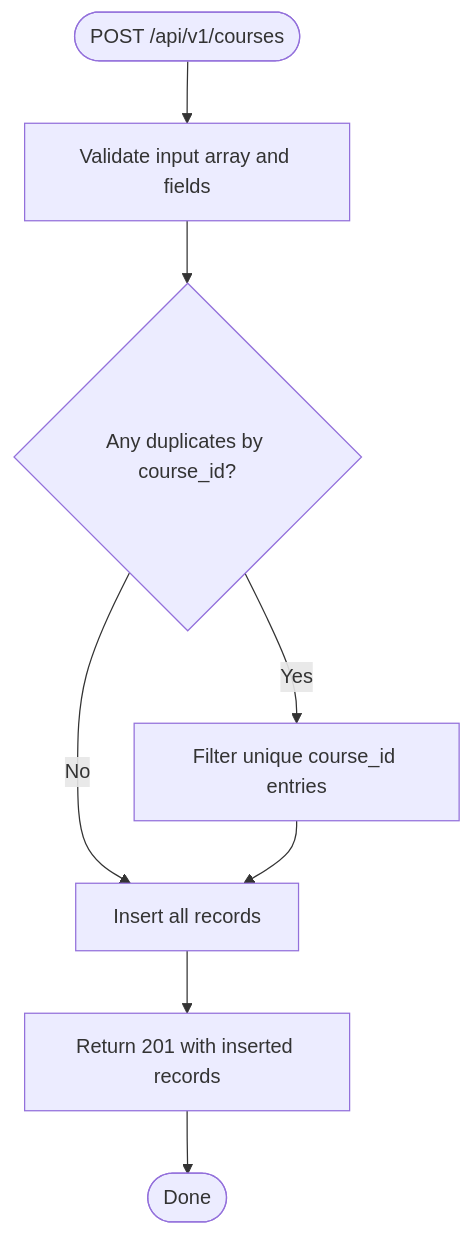
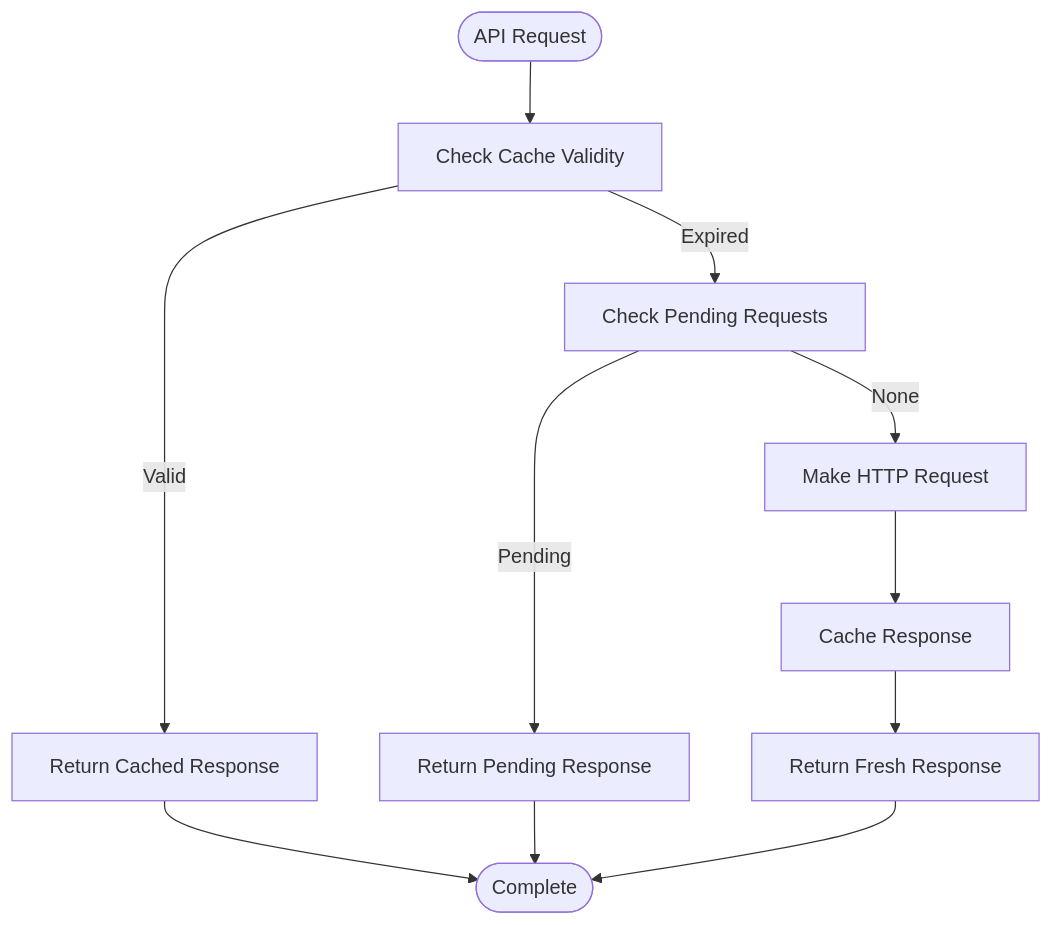
One commit to Aryan9060/Timetable-Project changed the third of 8 diagrams in .qoder/repowiki/en/content/Timetable Generation System/Data Integration & API Connectivity.md. Above: the diagram before and after it, drawn with Mermaid. The commit also changed other lines of this file and 7 other files, not shown here.

````diff
--- a/.qoder/repowiki/en/content/Timetable Generation System/Data Integration & API Connectivity.md
+++ b/.qoder/repowiki/en/content/Timetable Generation System/Data Integration & API Connectivity.md
@@ -154,10 +168,13 @@
 ```mermaid
 flowchart TD
-Start(["POST /api/v1/courses"]) --> Validate["Validate input array and fields"]
-Validate --> Exists{"Any duplicates by course_id?"}
-Exists --> |Yes| Dedup["Filter unique course_id entries"]
-Exists --> |No| Insert["Insert all records"]
-Dedup --> Insert
-Insert --> Success["Return 201 with inserted records"]
-Success --> End(["Done"])
+Start(["API Request"]) --> CheckCache["Check Cache Validity"]
+CheckCache --> |Valid| ReturnCached["Return Cached Response"]
+CheckCache --> |Expired| CheckPending["Check Pending Requests"]
+CheckPending --> |Pending| ReturnPending["Return Pending Response"]
+CheckPending --> |None| MakeRequest["Make HTTP Request"]
+MakeRequest --> CacheResponse["Cache Response"]
+CacheResponse --> ReturnFresh["Return Fresh Response"]
+ReturnCached --> End(["Complete"])
+ReturnPending --> End
+ReturnFresh --> End
 ```
````
